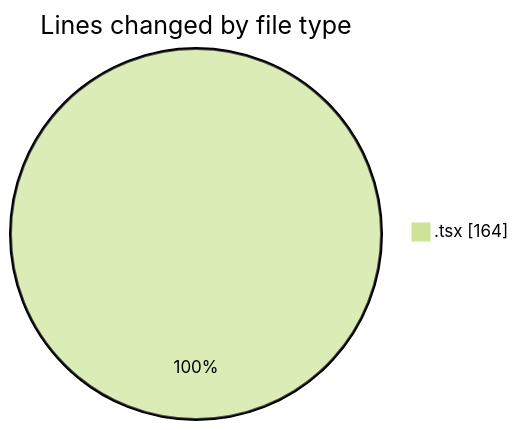
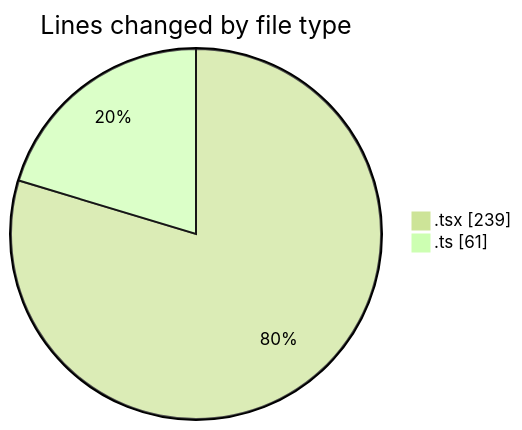
Before and after one commit to julien-gomy/code-tracking: the first of 2 diagrams in 2025-11-08/eventscop-frontend-guide__workspace_/README.md, drawn with Mermaid (forest theme). The commit also changed other lines of this file and 1 other file, not shown here.

````diff
--- a/2025-11-08/eventscop-frontend-guide__workspace_/README.md
+++ b/2025-11-08/eventscop-frontend-guide__workspace_/README.md
@@ -21,5 +23,6 @@
 ```mermaid
 pie showData
 title Lines changed by file type
-".tsx" : 164
+".tsx" : 239
+".ts" : 61
 ```
````
